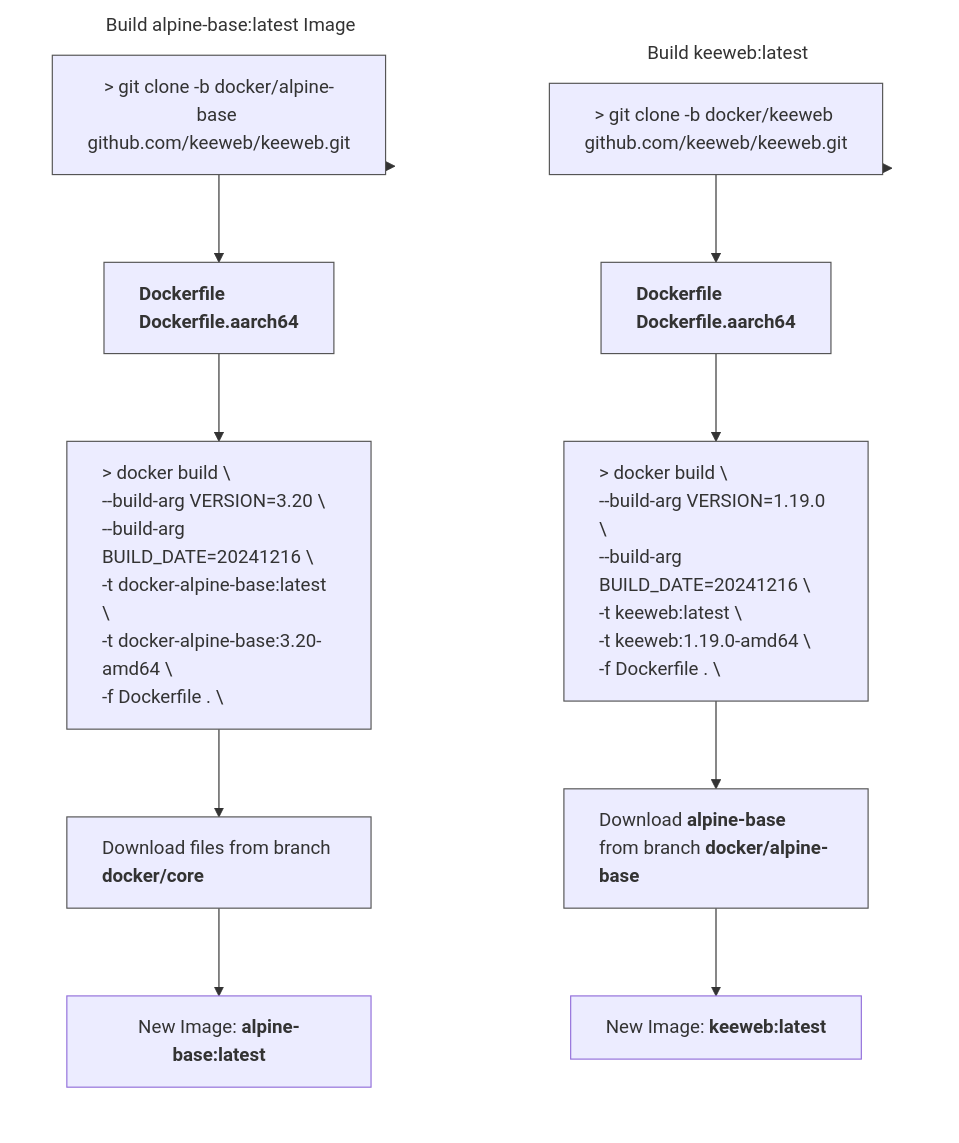
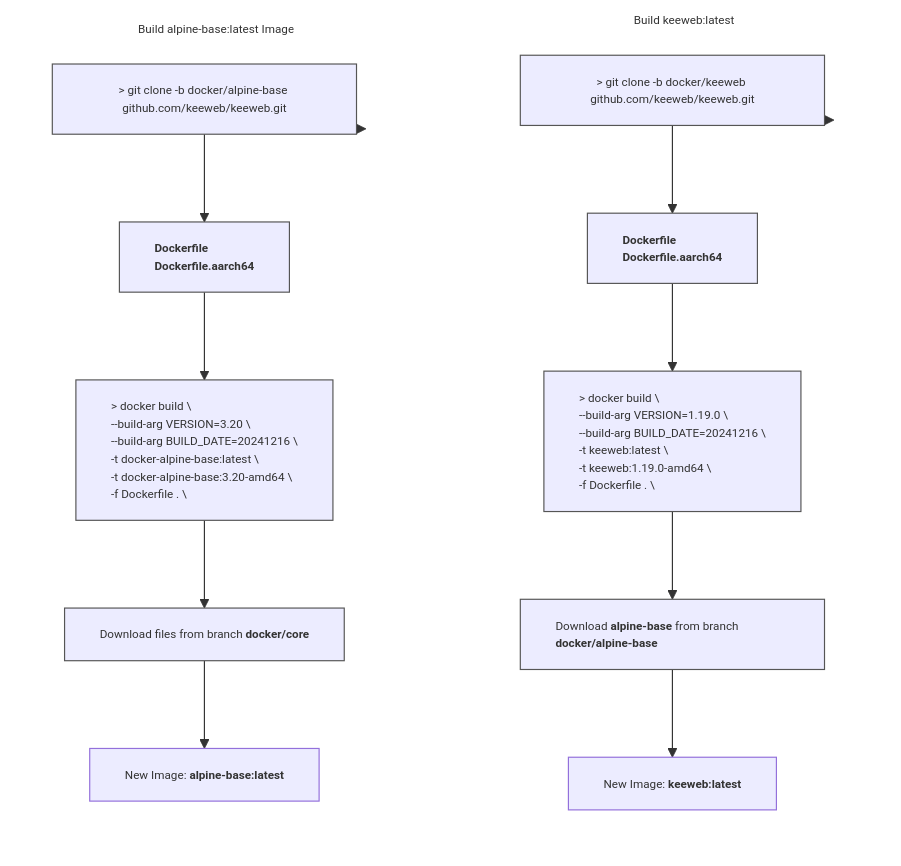
Before and after one commit to keeweb/keeweb: the diagram in README.md, drawn with Mermaid. The commit also changed other lines of this file, not shown here.

Commit message:
docs(readme): add mermaid theme params
change fontSize for mermaid graph

````diff
--- a/README.md
+++ b/README.md
@@ -141,51 +145,51 @@
 ```mermaid
+%%{init: { 'themeVariables': { 'fontSize': '10px' }}}%%
 flowchart TB
 
 subgraph GRAPH_KEEWEB ["Build keeweb:latest"]
-
     direction TB
     obj_step10["`&gt; git clone -b docker/keeweb github.com/keeweb/keeweb.git`"]
     obj_step11["`**Dockerfile
      Dockerfile.aarch64**`"]
     obj_step12["`&gt; docker build &bsol;
     --build-arg VERSION=1.19.0 &bsol;
     --build-arg BUILD_DATE=20241216 &bsol;
     -t keeweb:latest &bsol;
     -t keeweb:1.19.0-amd64 &bsol;
     -f Dockerfile . &bsol;`"]
     obj_step13["`Download **alpine-base** from branch **docker/alpine-base**`"]
     obj_step14["`New Image: **keeweb:latest**`"]
 
     style obj_step10 text-align:center,stroke-width:1px,stroke:#555
     style obj_step11 text-align:left,stroke-width:1px,stroke:#555
     style obj_step12 text-align:left,stroke-width:1px,stroke:#555
     style obj_step13 text-align:left,stroke-width:1px,stroke:#555
 end
 
 style GRAPH_KEEWEB text-align:center,stroke-width:1px,stroke:transparent,fill:transparent
 
 subgraph GRAPH_ALPINE["Build alpine-base:latest Image"]
 direction TB
     obj_step20["`&gt; git clone -b docker/alpine-base github.com/keeweb/keeweb.git`"]
     obj_step21["`**Dockerfile
      Dockerfile.aarch64**`"]
     obj_step22["`&gt; docker build &bsol;
     --build-arg VERSION=3.20 &bsol;
     --build-arg BUILD_DATE=20241216 &bsol;
     -t docker-alpine-base:latest &bsol;
     -t docker-alpine-base:3.20-amd64 &bsol;
     -f Dockerfile . &bsol;`"]
     obj_step23["`Download files from branch **docker/core**`"]
     obj_step24["`New Image: **alpine-base:latest**`"]
 
     style obj_step20 text-align:center,stroke-width:1px,stroke:#555
     style obj_step21 text-align:left,stroke-width:1px,stroke:#555
     style obj_step22 text-align:left,stroke-width:1px,stroke:#555
     style obj_step23 text-align:left,stroke-width:1px,stroke:#555
 end
 
 style GRAPH_ALPINE text-align:center,stroke-width:1px,stroke:transparent,fill:transparent
 
 GRAPH_KEEWEB --> obj_step10 --> obj_step11 --> obj_step12 --> obj_step13 --> obj_step14
 GRAPH_ALPINE --> obj_step20 --> obj_step21 --> obj_step22 --> obj_step23 --> obj_step24
 ```
````
